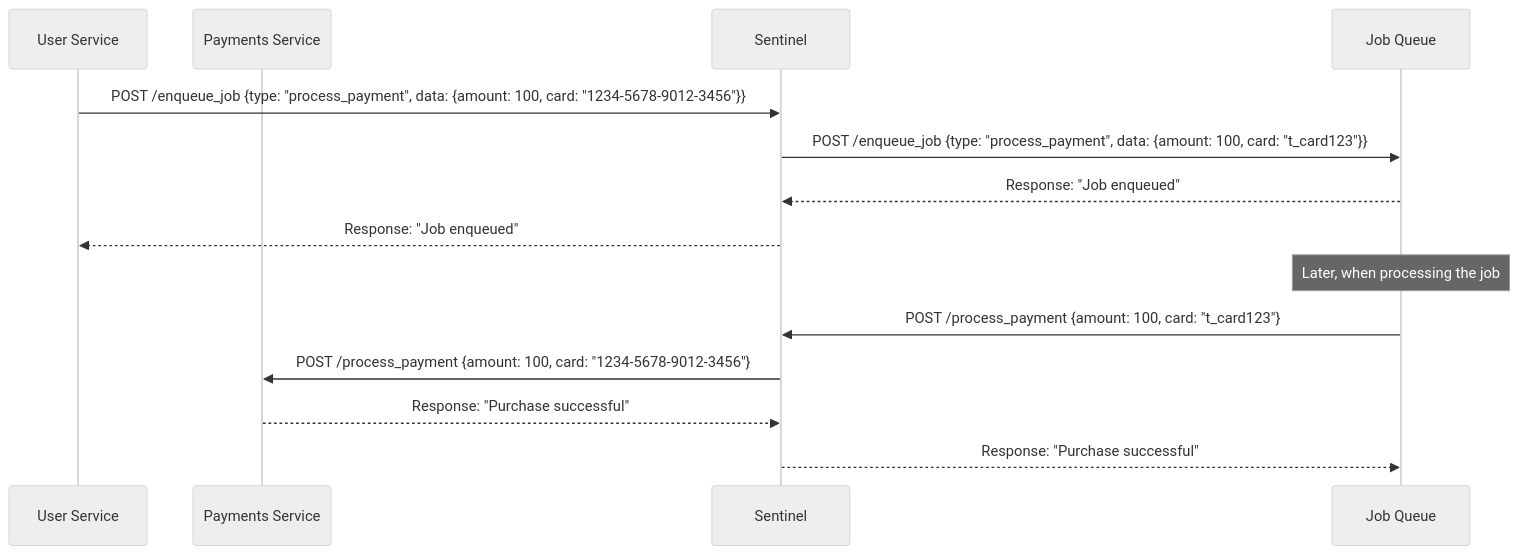
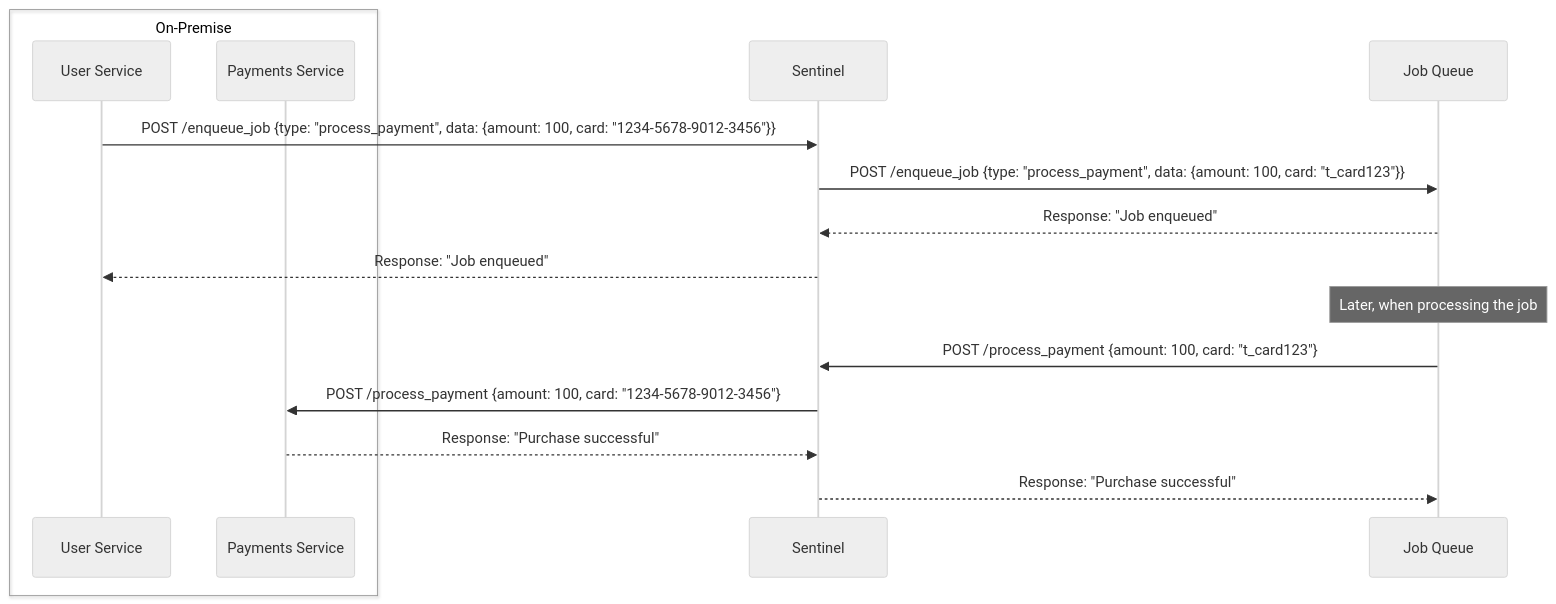
One commit to inferablehq/sentinel changed the diagram in README.md. Above: the diagram before and after it, drawn with Mermaid (neutral theme).

````diff
--- a/README.md
+++ b/README.md
@@ -27,18 +27,20 @@
 ```mermaid
 sequenceDiagram
+    box On-Premise
     participant US as User Service
     participant PS as Payments Service
+    end
     participant S as Sentinel
     participant Q as Job Queue
 
     US->>S: POST /enqueue_job {type: "process_payment", data: {amount: 100, card: "1234-5678-9012-3456"}}
     S->>Q: POST /enqueue_job {type: "process_payment", data: {amount: 100, card: "t_card123"}}
     Q-->>S: Response: "Job enqueued"
     S-->>US: Response: "Job enqueued"
 
     Note over Q: Later, when processing the job
     Q->>S: POST /process_payment {amount: 100, card: "t_card123"}
     S->>PS: POST /process_payment {amount: 100, card: "1234-5678-9012-3456"}
     PS-->>S: Response: "Purchase successful"
     S-->>Q: Response: "Purchase successful"
 ```
````
